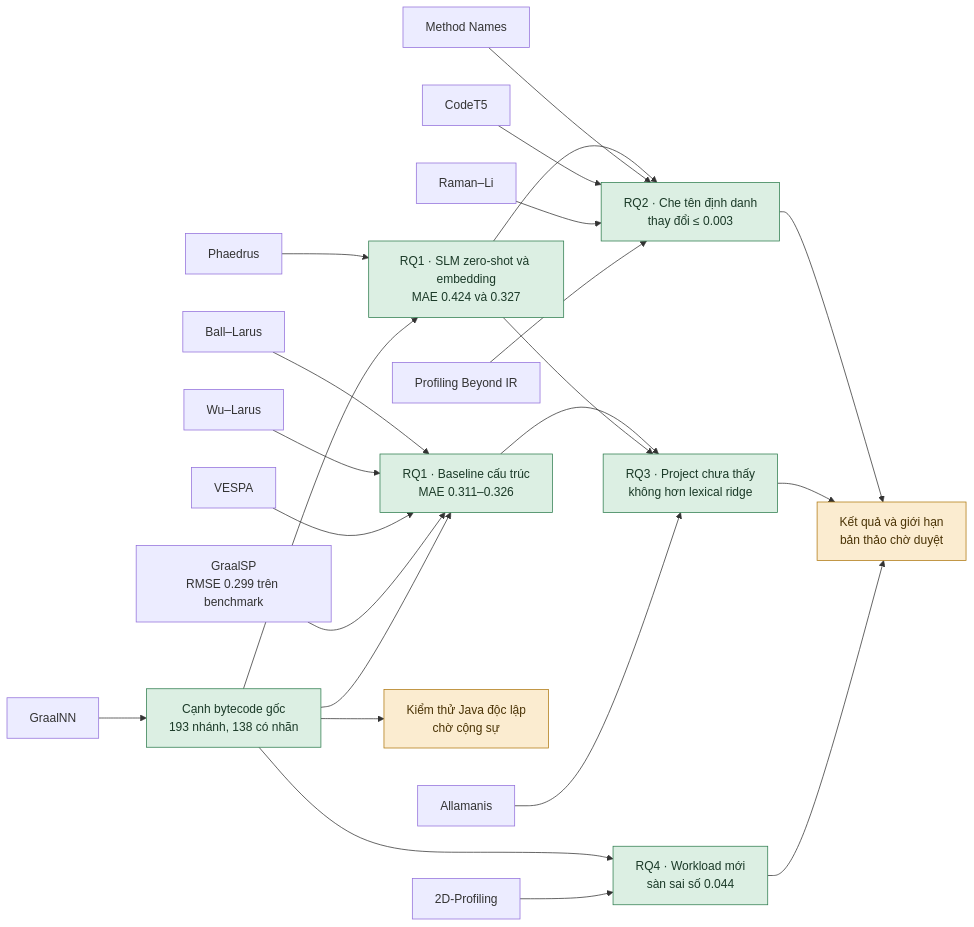
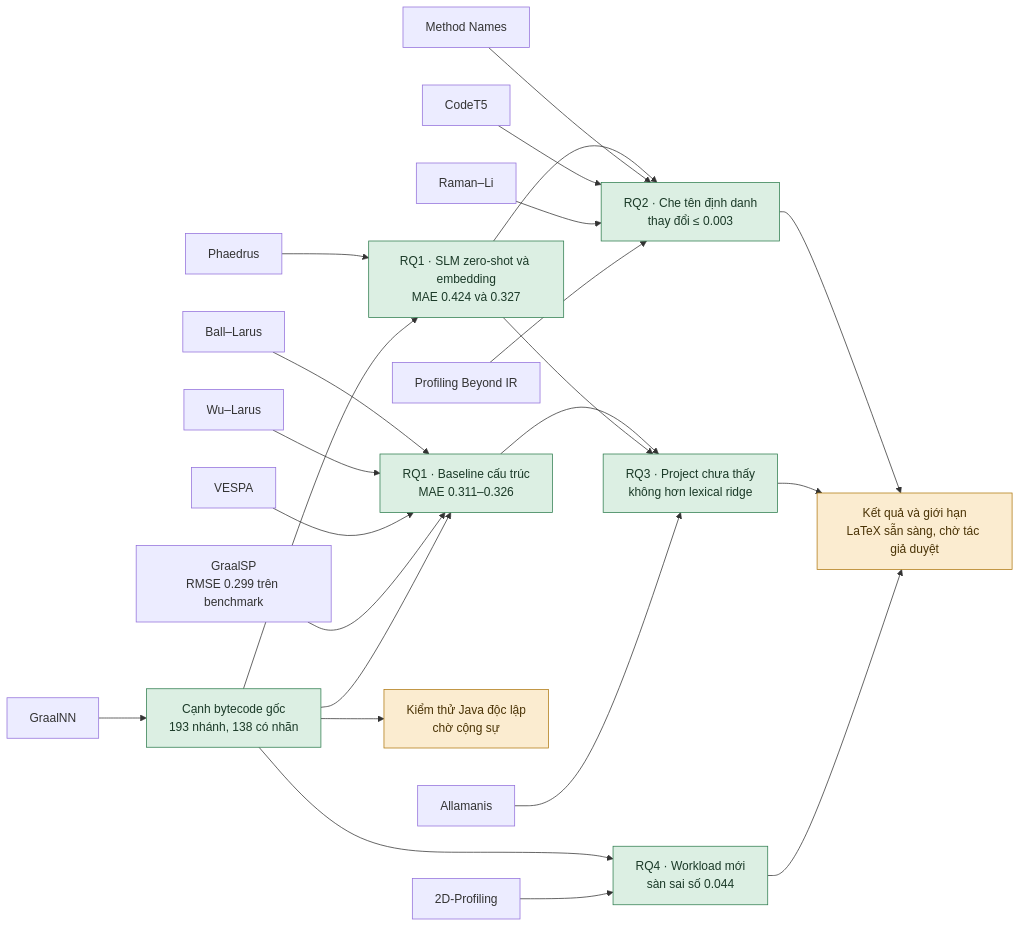
The diagram in research/literature/README.md (minggu151623/llm_profiling_research), drawn with Mermaid before and after one commit.

Commit message:
Show the LaTeX-ready state on the rendered DAG

````diff
--- a/research/literature/README.md
+++ b/research/literature/README.md
@@ -5,49 +5,49 @@
 ```mermaid
 flowchart LR
     graalsp["GraalSP<br/>RMSE 0.299 trên benchmark"]
     graalnn["GraalNN"]
     method_names["Method Names"]
     ball_larus["Ball–Larus"]
     wu_larus["Wu–Larus"]
     vespa["VESPA"]
     raman_li["Raman–Li"]
     codet5["CodeT5"]
     duplicates["Allamanis"]
     kim_input["2D-Profiling"]
     phaedrus["Phaedrus"]
     SIG["Profiling Beyond IR"]
     DATA["Cạnh bytecode gốc<br/>193 nhánh, 138 có nhãn"]
     JAVA["Kiểm thử Java độc lập<br/>chờ cộng sự"]
     BASE["RQ1 · Baseline cấu trúc<br/>MAE 0.311–0.326"]
     SLM["RQ1 · SLM zero-shot và embedding<br/>MAE 0.424 và 0.327"]
     E1["RQ2 · Che tên định danh<br/>thay đổi ≤ 0.003"]
     E2["RQ3 · Project chưa thấy<br/>không hơn lexical ridge"]
     E3["RQ4 · Workload mới<br/>sàn sai số 0.044"]
-    CLAIMS["Kết quả và giới hạn<br/>bản thảo chờ duyệt"]
+    CLAIMS["Kết quả và giới hạn<br/>LaTeX sẵn sàng, chờ tác giả duyệt"]
     graalnn --> DATA
     DATA --> JAVA
     ball_larus --> BASE
     wu_larus --> BASE
     vespa --> BASE
     graalsp --> BASE
     DATA --> BASE
     phaedrus --> SLM
     DATA --> SLM
     SLM --> E1
     method_names --> E1
     codet5 --> E1
     raman_li --> E1
     SIG --> E1
     BASE --> E2
     SLM --> E2
     duplicates --> E2
     DATA --> E3
     kim_input --> E3
     E1 --> CLAIMS
     E2 --> CLAIMS
     E3 --> CLAIMS
     classDef measured fill:#dcefe3,stroke:#2f7d4f,color:#1b3a28
     classDef waiting fill:#fbecd0,stroke:#b07a12,color:#4a3305
     class DATA,BASE,SLM,E1,E2,E3 measured
     class JAVA,CLAIMS waiting
 ```
````
